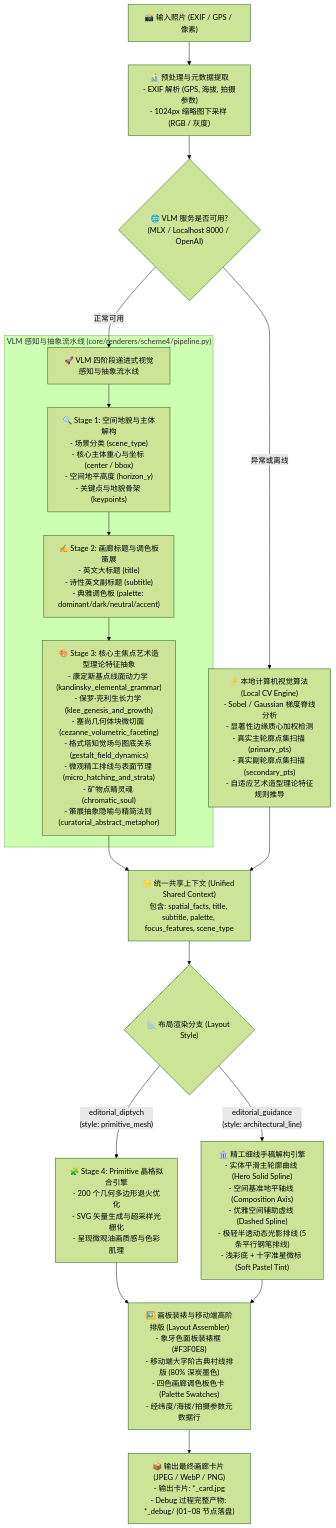
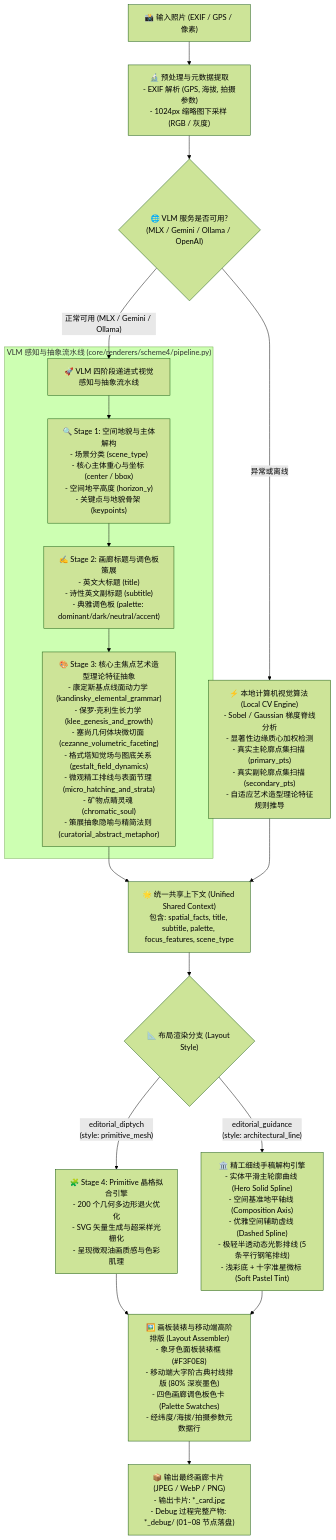
One commit to vincentchyu/PicFrame changed the first of 2 diagrams in docs/scheme4_architecture_and_workflow.md. Above: the diagram before and after it, drawn with Mermaid (forest theme). The commit also changed other lines of this file and 20 other files, not shown here.

````diff
--- a/docs/scheme4_architecture_and_workflow.md
+++ b/docs/scheme4_architecture_and_workflow.md
@@ -42,75 +42,75 @@
 ```mermaid
 flowchart TD
     PhotoInput["📸 输入照片 (EXIF / GPS / 像素)"] --> Preprocess["🔬 预处理与元数据提取
 - EXIF 解析 (GPS, 海拔, 拍摄参数)
 - 1024px 缩略图下采样 (RGB / 灰度)"]
     
     Preprocess --> VLM_Check{"🌐 VLM 服务是否可用?
-(MLX / Localhost 8000 / OpenAI)"}
+(MLX / Gemini / Ollama / OpenAI)"}
     
     %% VLM 分支
-    VLM_Check -->|"正常可用"| VLM_P["🚀 VLM 四阶段递进式视觉感知与抽象流水线"]
+    VLM_Check -->|"正常可用 (MLX / Gemini / Ollama)"| VLM_P["🚀 VLM 四阶段递进式视觉感知与抽象流水线"]
     subgraph VLM_Pipeline ["VLM 感知与抽象流水线 (core/renderers/scheme4/pipeline.py)"]
         VLM_P --> Stage1["🔍 Stage 1: 空间地貌与主体解构
 - 场景分类 (scene_type)
 - 核心主体重心与坐标 (center / bbox)
 - 空间地平高度 (horizon_y)
 - 关键点与地貌骨架 (keypoints)"]
         Stage1 --> Stage2["✍️ Stage 2: 画廊标题与调色板策展
 - 英文大标题 (title)
 - 诗性英文副标题 (subtitle)
 - 典雅调色板 (palette: dominant/dark/neutral/accent)"]
         Stage2 --> Stage3["🎨 Stage 3: 核心主焦点艺术造型理论特征抽象
 - 康定斯基点线面动力学 (kandinsky_elemental_grammar)
 - 保罗·克利生长力学 (klee_genesis_and_growth)
 - 塞尚几何体块微切面 (cezanne_volumetric_faceting)
 - 格式塔知觉场与图底关系 (gestalt_field_dynamics)
 - 微观精工排线与表面节理 (micro_hatching_and_strata)
 - 矿物点睛灵魂 (chromatic_soul)
 - 策展抽象隐喻与精简法则 (curatorial_abstract_metaphor)"]
     end
     
     %% 本地 CV 分支
     VLM_Check -->|"异常或离线"| LocalCV["⚡ 本地计算机视觉算法 (Local CV Engine)
 - Sobel / Gaussian 梯度脊线分析
 - 显著性边缘质心加权检测
 - 真实主轮廓点集扫描 (primary_pts)
 - 真实副轮廓点集扫描 (secondary_pts)
 - 自适应艺术造型理论特征规则推导"]
 
     %% 汇聚到共享上下文
     Stage3 --> SharedContext["🌟 统一共享上下文 (Unified Shared Context)
 包含: spatial_facts, title, subtitle, palette, focus_features, scene_type"]
     LocalCV --> SharedContext
 
     %% 布局分流
     SharedContext --> LayoutBranch{"📐 布局渲染分支 (Layout Style)"}
     
     %% 方案一分支
     LayoutBranch -->|"editorial_diptych
 (style: primitive_mesh)"| PrimitiveStage["🧩 Stage 4: Primitive 晶格拟合引擎
 - 200 个几何多边形退火优化
 - SVG 矢量生成与超采样光栅化
 - 呈现微观油画质感与色彩肌理"]
     
     %% 方案二分支
     LayoutBranch -->|"editorial_guidance
 (style: architectural_line)"| GuidanceStage["🏛️ 精工细线手稿解构引擎
 - 实体平滑主轮廓曲线 (Hero Solid Spline)
 - 空间基准地平轴线 (Composition Axis)
 - 优雅空间辅助虚线 (Dashed Spline)
 - 极轻半透动态光影排线 (5条平行钢笔排线)
 - 浅彩底 + 十字准星微标 (Soft Pastel Tint)"]
 
     %% 统一画板装裱与排版
     PrimitiveStage --> Assembler["🖼️ 画板装裱与移动端高阶排版 (Layout Assembler)
 - 象牙色面板装裱框 (#F3F0E8)
 - 移动端大字阶古典衬线排版 (80% 深炭墨色)
 - 四色画廊调色板色卡 (Palette Swatches)
 - 经纬度/海拔/拍摄参数元数据行"]
     GuidanceStage --> Assembler
 
     Assembler --> Output["📦 输出最终画廊卡片 (JPEG / WebP / PNG)
 - 输出卡片: *_card.jpg
 - Debug 过程完整产物: *_debug/ (01~08 节点落盘)"]
 ```
````
